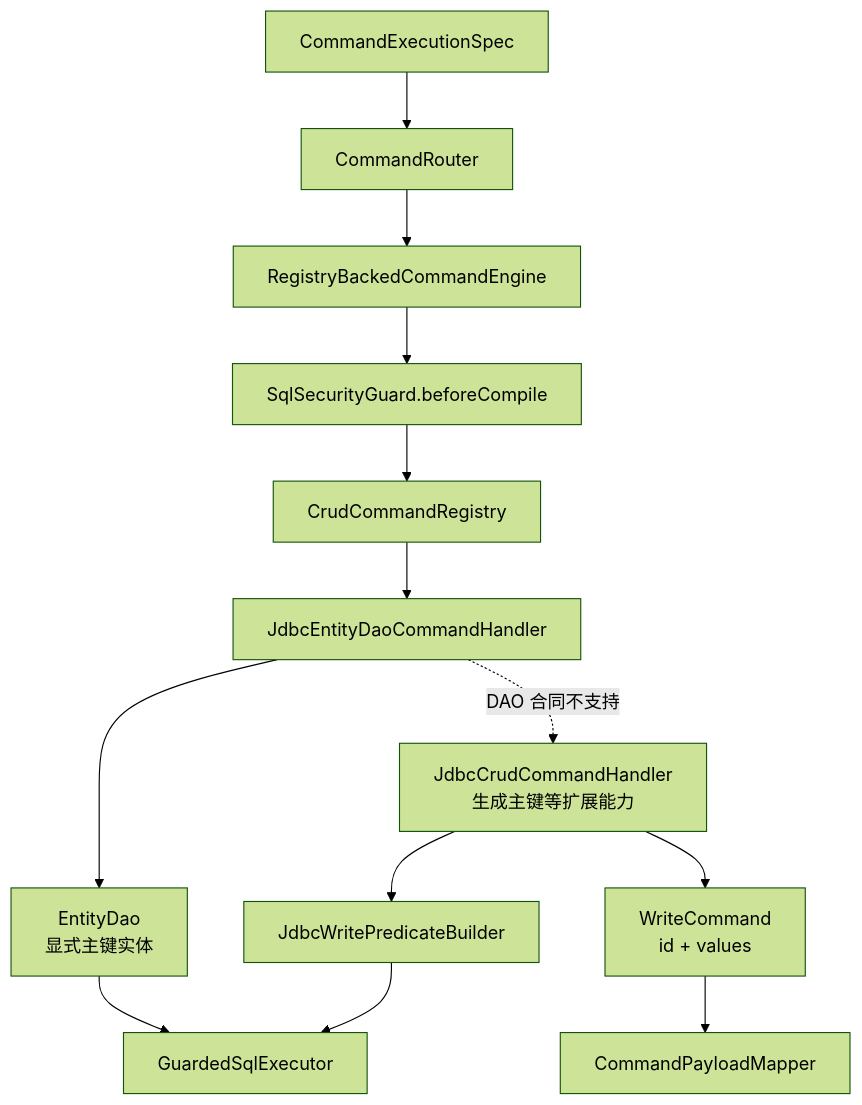
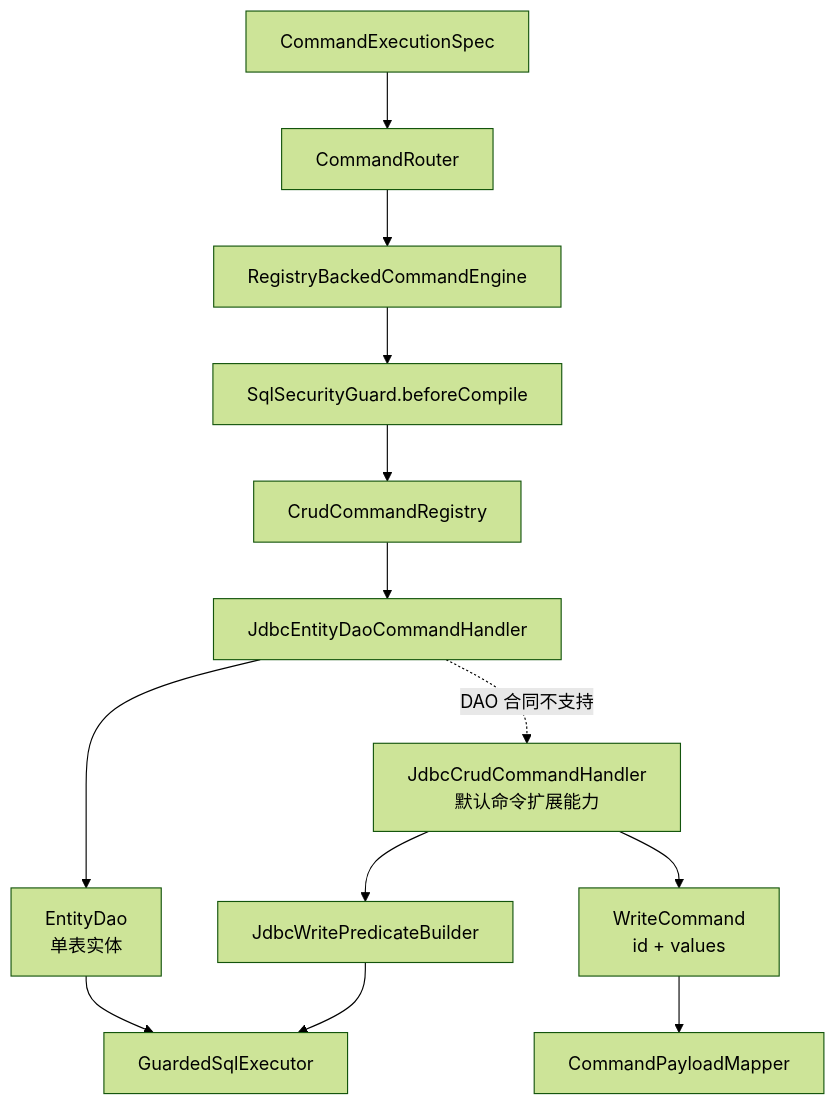
Before and after one commit to ent-loom/ent-loom: the third of 4 diagrams in docs/architecture/components/crud/默认引擎.md, drawn with Mermaid (forest theme). The commit also changed other lines of this file and 24 other files, not shown here.

````diff
--- a/docs/architecture/components/crud/默认引擎.md
+++ b/docs/architecture/components/crud/默认引擎.md
@@ -56,21 +56,21 @@
 ```mermaid
 flowchart TB
     spec["CommandExecutionSpec"]
     router["CommandRouter"]
     engine["RegistryBackedCommandEngine"]
     guard["SqlSecurityGuard.beforeCompile"]
     registry["CrudCommandRegistry"]
     handler["JdbcEntityDaoCommandHandler"]
-    dao["EntityDao<br/>显式主键实体"]
-    fallback["JdbcCrudCommandHandler<br/>生成主键等扩展能力"]
+    dao["EntityDao<br/>单表实体"]
+    fallback["JdbcCrudCommandHandler<br/>默认命令扩展能力"]
     writeCommand["WriteCommand<br/>id + values"]
     mapper["CommandPayloadMapper"]
     predicate["JdbcWritePredicateBuilder"]
     sql["GuardedSqlExecutor"]
 
     spec --> router --> engine --> guard --> registry --> handler
     handler --> dao --> sql
     handler -. "DAO 合同不支持" .-> fallback
     fallback --> writeCommand --> mapper
     fallback --> predicate --> sql
 ```
````
